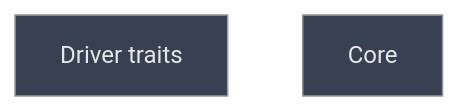
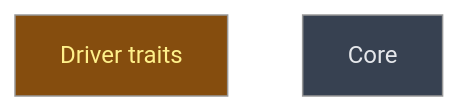
Before and after one commit to CrackingShells/Candler: the diagram in __roadmap__/m4-session-runner/traits/README.md, drawn with Mermaid (neutral theme). The commit also changed other lines of this file and 1 other file, not shown here.

Commit message:
rdm(runner): fold the opencode facts into driver_traits
OpenCode has no init event and no tool-listing command, exits 1 for
three different endings, and hides its interrupt behind a random port
and password. The census source becomes labelled and fits both shapes,
classify_exit may read the observed end, and the interrupt pre-stop
discovers the port inside the container.

````diff
--- a/__roadmap__/m4-session-runner/traits/README.md
+++ b/__roadmap__/m4-session-runner/traits/README.md
@@ -18,10 +18,10 @@
 ```mermaid
 graph TD
-    driver_traits[Driver traits]:::planned
+    driver_traits[Driver traits]:::inprogress
     core[Core]:::planned
     classDef done       fill:#166534,color:#bbf7d0
     classDef inprogress fill:#854d0e,color:#fef08a
     classDef planned    fill:#374151,color:#e5e7eb
     classDef amendment  fill:#1e3a5f,color:#bfdbfe
     classDef blocked    fill:#7f1d1d,color:#fecaca
 ```
````
